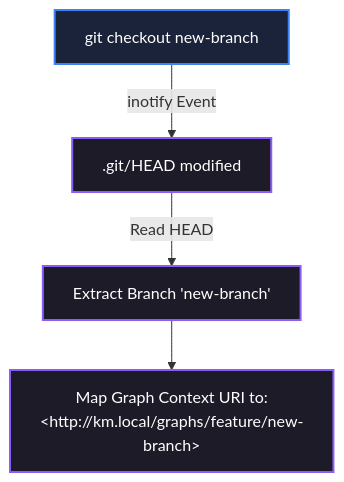
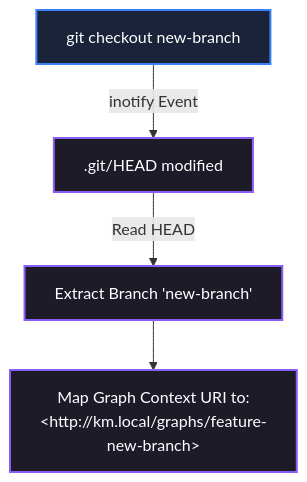
The third of 5 diagrams in docs/knowledge-management-specification.md (isaacnugroho/km), drawn with Mermaid before and after one commit. The commit also changed other lines of this file and 13 other files, not shown here.

````diff
--- a/docs/knowledge-management-specification.md
+++ b/docs/knowledge-management-specification.md
@@ -797,11 +797,11 @@
 ```mermaid
 graph TD
     Checkout["git checkout new-branch"] -->|inotify Event| HEAD[".git/HEAD modified"]
     HEAD -->|Read HEAD| Extract["Extract Branch 'new-branch'"]
-    Extract --> Map["Map Graph Context URI to:<br>&lt;http://km.local/graphs/feature/new-branch&gt;"]
+    Extract --> Map["Map Graph Context URI to:<br>&lt;http://km.local/graphs/feature-new-branch&gt;"]
 
     style Checkout fill:#1a233a,stroke:#3b82f6,stroke-width:2px,color:#fff
     style HEAD fill:#1e1b29,stroke:#8b5cf6,stroke-width:2px,color:#fff
     style Extract fill:#1e1b29,stroke:#8b5cf6,stroke-width:2px,color:#fff
     style Map fill:#1e1b29,stroke:#8b5cf6,stroke-width:2px,color:#fff
 ```
````
